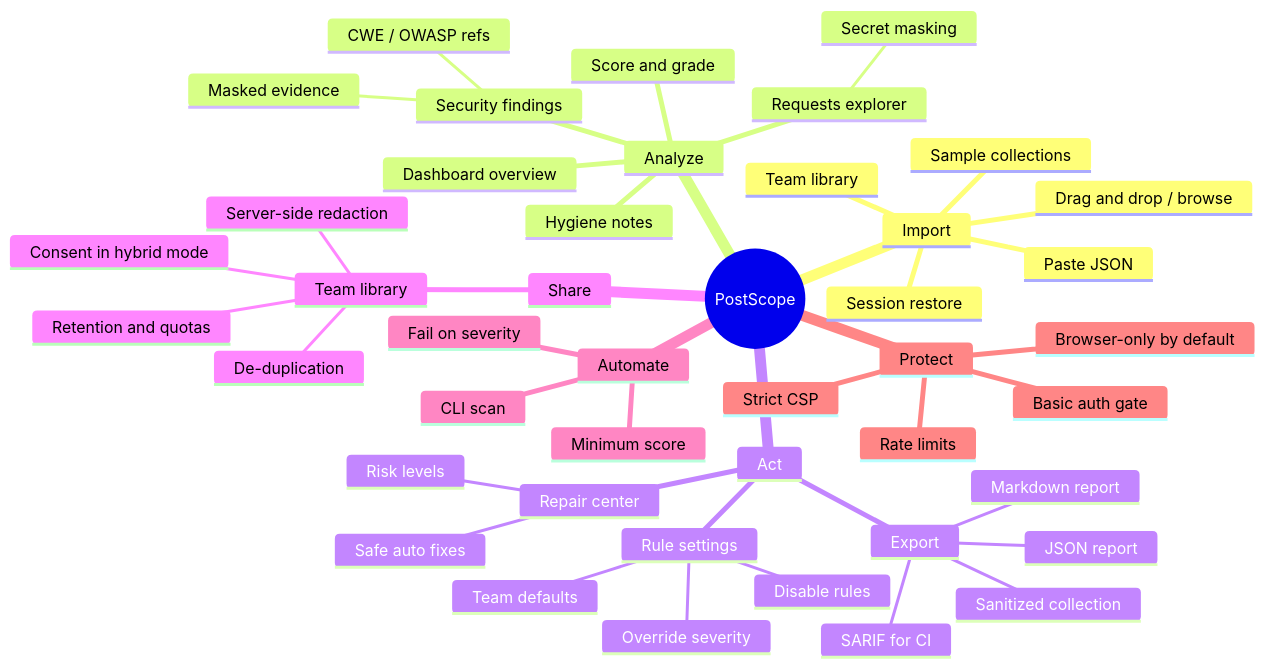
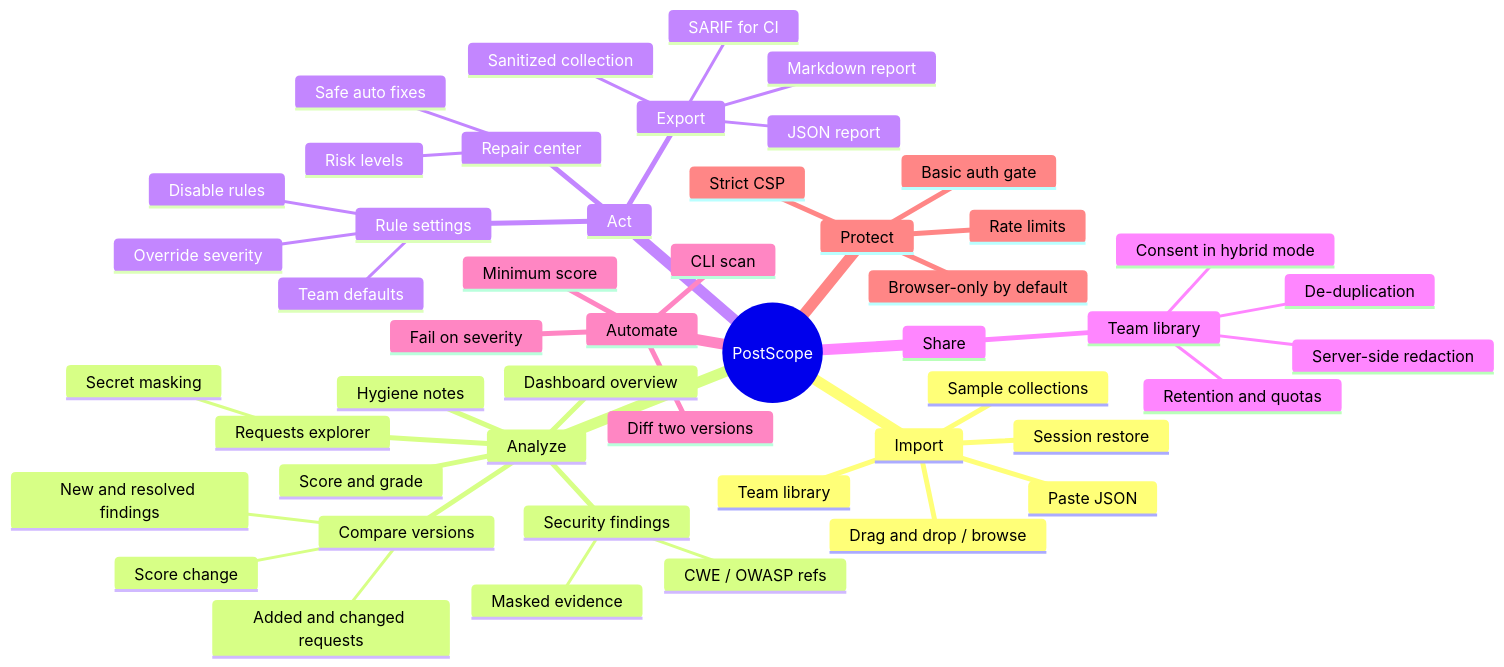
One commit to winksen/Postscope-App changed the diagram in docs/mindmap/FUNCTIONAL_MINDMAP.md. Above: the diagram before and after it, drawn with Mermaid. The commit also changed other lines of this file and 19 other files, not shown here.

````diff
--- a/docs/mindmap/FUNCTIONAL_MINDMAP.md
+++ b/docs/mindmap/FUNCTIONAL_MINDMAP.md
@@ -17,47 +17,52 @@
 ```mermaid
 mindmap
   root((PostScope))
     Import
       Drag and drop / browse
       Paste JSON
       Sample collections
       Team library
       Session restore
     Analyze
       Dashboard overview
       Requests explorer
         Secret masking
       Security findings
         Masked evidence
         CWE / OWASP refs
       Hygiene notes
       Score and grade
+      Compare versions
+        New and resolved findings
+        Score change
+        Added and changed requests
     Act
       Repair center
         Safe auto fixes
         Risk levels
       Rule settings
         Disable rules
         Override severity
         Team defaults
       Export
         Markdown report
         JSON report
         SARIF for CI
         Sanitized collection
     Share
       Team library
         Consent in hybrid mode
         De-duplication
         Retention and quotas
         Server-side redaction
     Automate
       CLI scan
       Fail on severity
       Minimum score
+      Diff two versions
     Protect
       Browser-only by default
       Basic auth gate
       Rate limits
       Strict CSP
 ```
````
